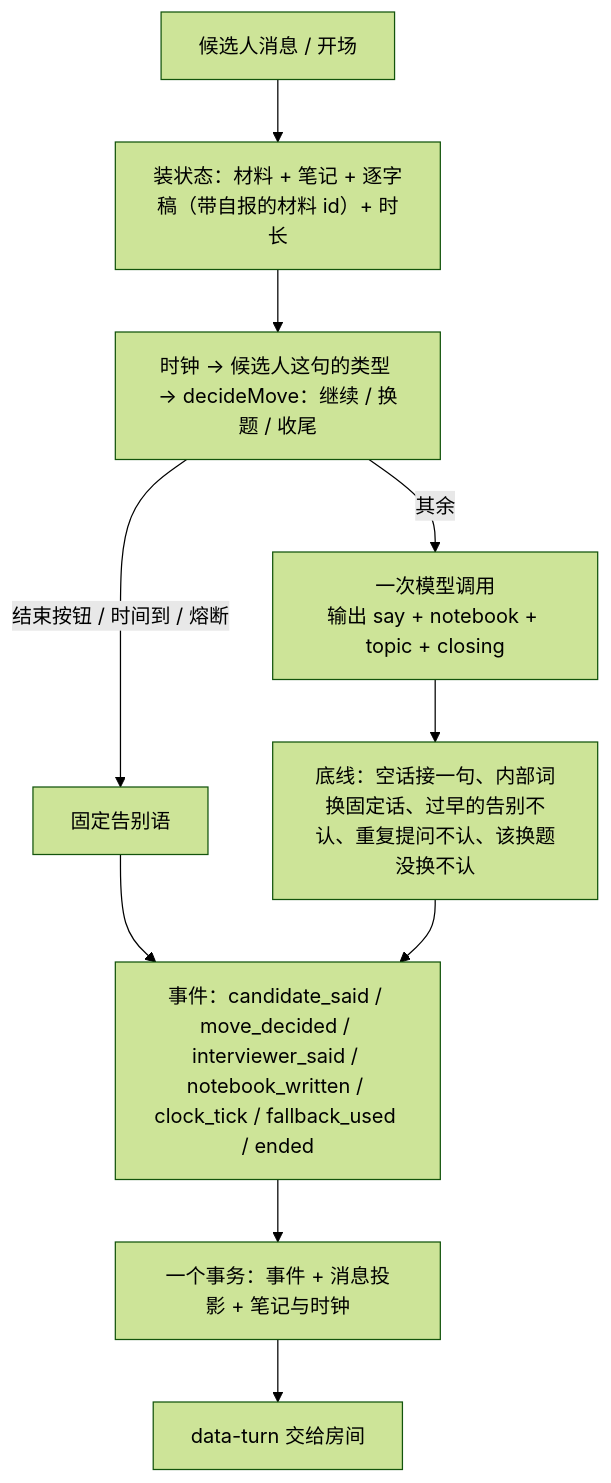
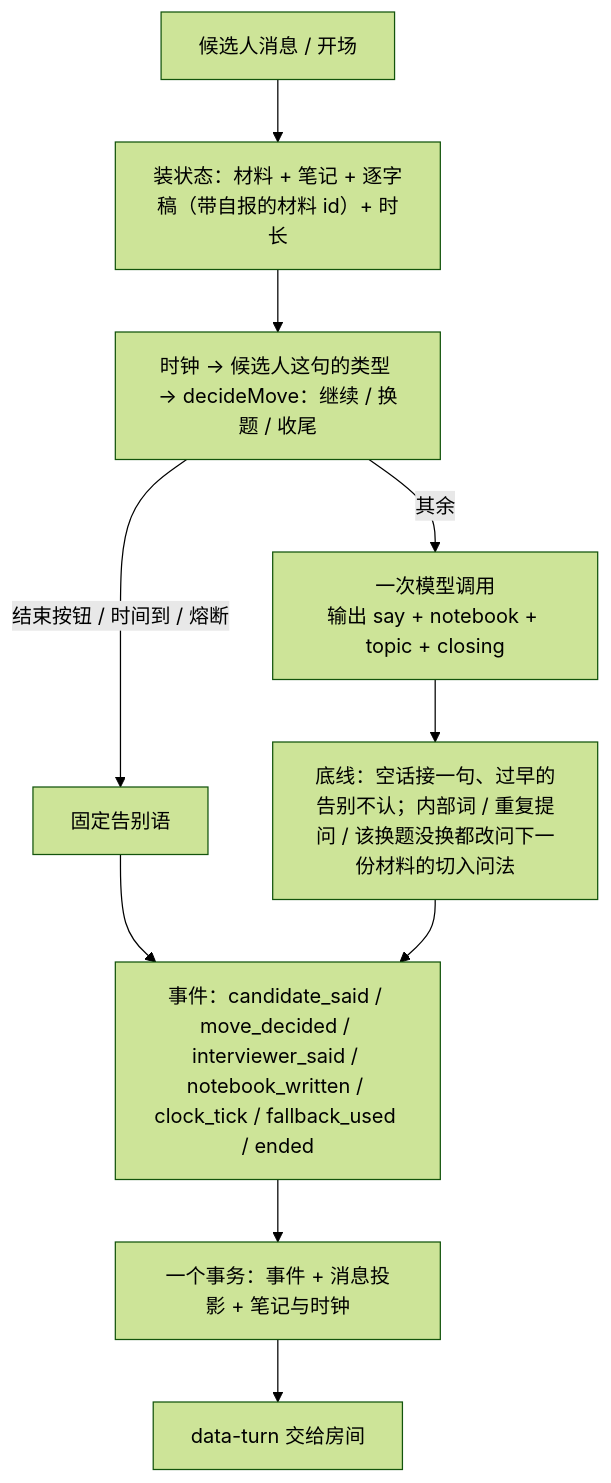
Before and after one commit to yuecao365/OfferCome: the diagram in docs/interview-flow-during.md, drawn with Mermaid (forest theme). The commit also changed other lines of this file and 19 other files, not shown here.

````diff
--- a/docs/interview-flow-during.md
+++ b/docs/interview-flow-during.md
@@ -9,12 +9,12 @@
 ```mermaid
 flowchart TD
   M[候选人消息 / 开场] --> L[装状态：材料 + 笔记 + 逐字稿（带自报的材料 id）+ 时长]
   L --> C[时钟 → 候选人这句的类型 → decideMove：继续 / 换题 / 收尾]
   C -- 结束按钮 / 时间到 / 熔断 --> F[固定告别语]
   C -- 其余 --> A[一次模型调用<br/>输出 say + notebook + topic + closing]
-  A --> V[底线：空话接一句、内部词换固定话、过早的告别不认、重复提问不认、该换题没换不认]
+  A --> V[底线：空话接一句、过早的告别不认；内部词 / 重复提问 / 该换题没换都改问下一份材料的切入问法]
   F --> E
   V --> E[事件：candidate_said / move_decided / interviewer_said / notebook_written / clock_tick / fallback_used / ended]
   E --> S[一个事务：事件 + 消息投影 + 笔记与时钟]
   S --> UI[data-turn 交给房间]
 ```
````
